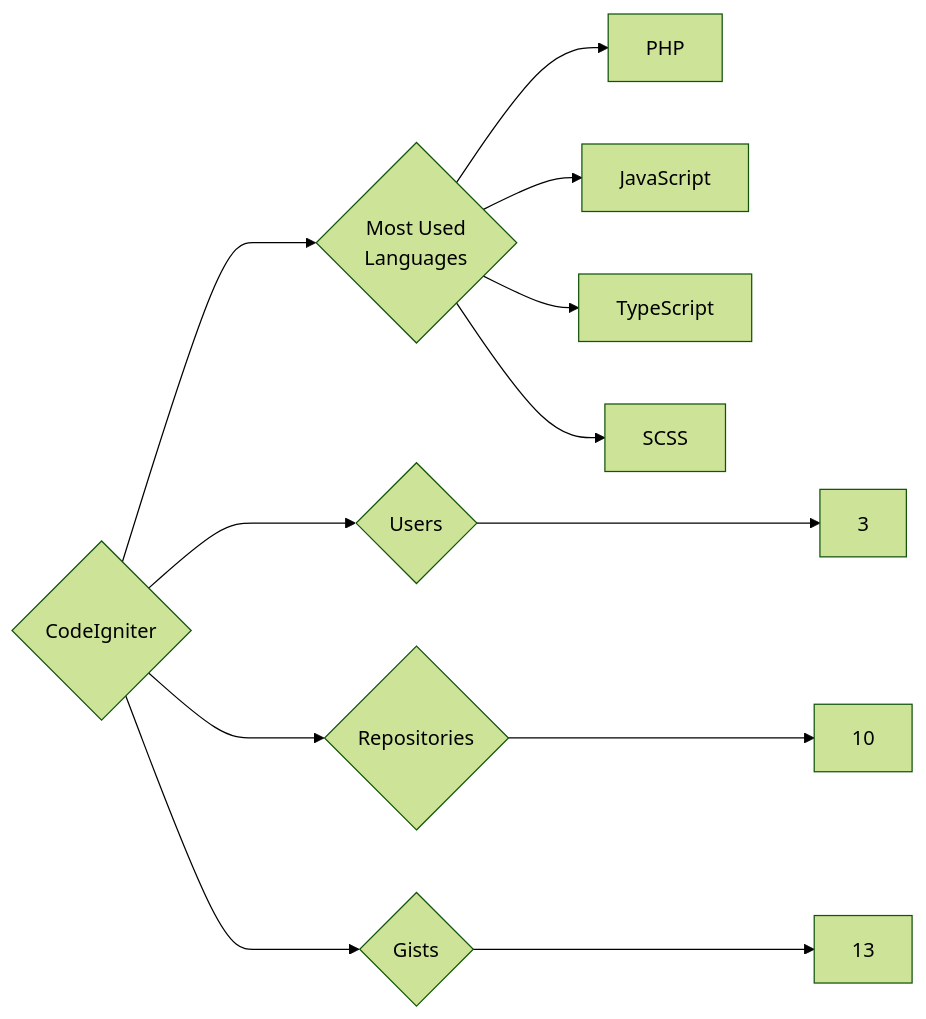
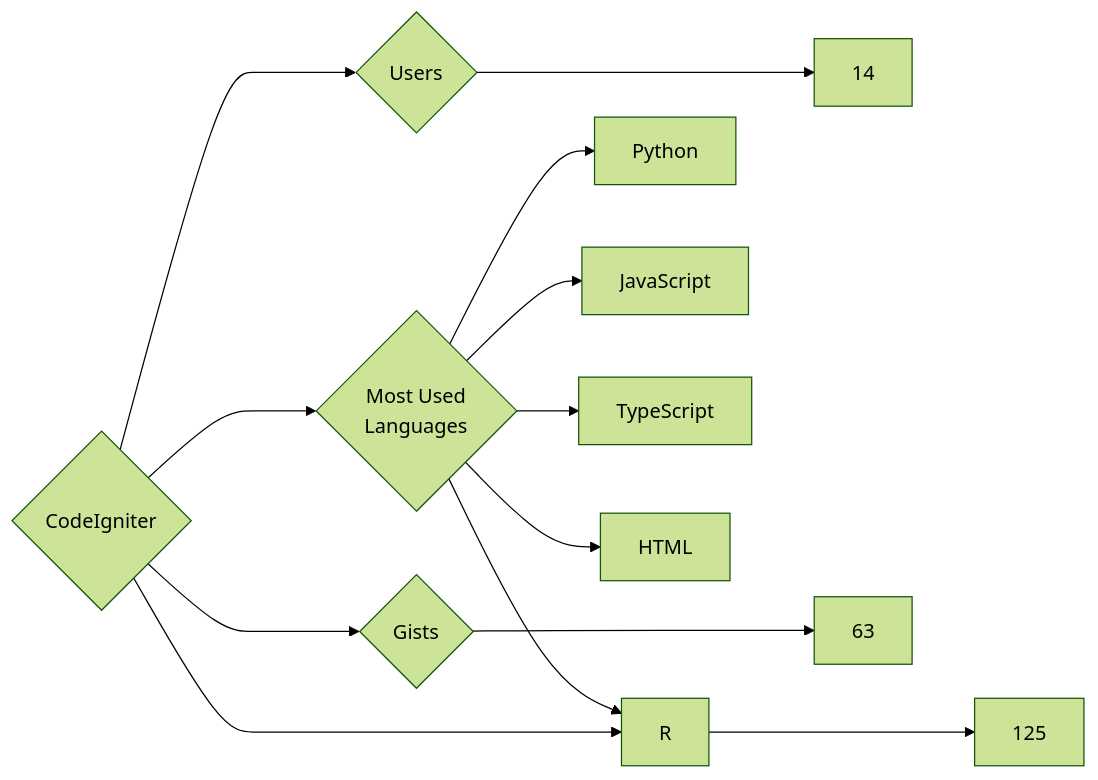
The diagram in targets/CodeIgniter/README.md (trickest/insiders), drawn with Mermaid (forest theme) before and after one commit. The commit also changed 1088 other files, not shown here.

````diff
--- a/targets/CodeIgniter/README.md
+++ b/targets/CodeIgniter/README.md
@@ -3,12 +3,13 @@
 ```mermaid
 graph LR
 COMPANY_NAME{CodeIgniter}
-COMPANY_NAME ---> U{Users} ---> UN[3]
-COMPANY_NAME ---> R{Repositories} ---> RN[10]
-COMPANY_NAME ---> G{Gists} ---> GN[13]
+COMPANY_NAME ---> U{Users} ---> UN[14]
+COMPANY_NAME ---> R{Repositories} ---> RN[125]
+COMPANY_NAME ---> G{Gists} ---> GN[63]
 COMPANY_NAME ---> ML{Most Used<br>Languages}
-ML --> PHP[PHP]
+ML --> Python[Python]
 ML --> JavaScript[JavaScript]
 ML --> TypeScript[TypeScript]
-ML --> SCSS[SCSS]
+ML --> R[R]
+ML --> HTML[HTML]
 ```
````
